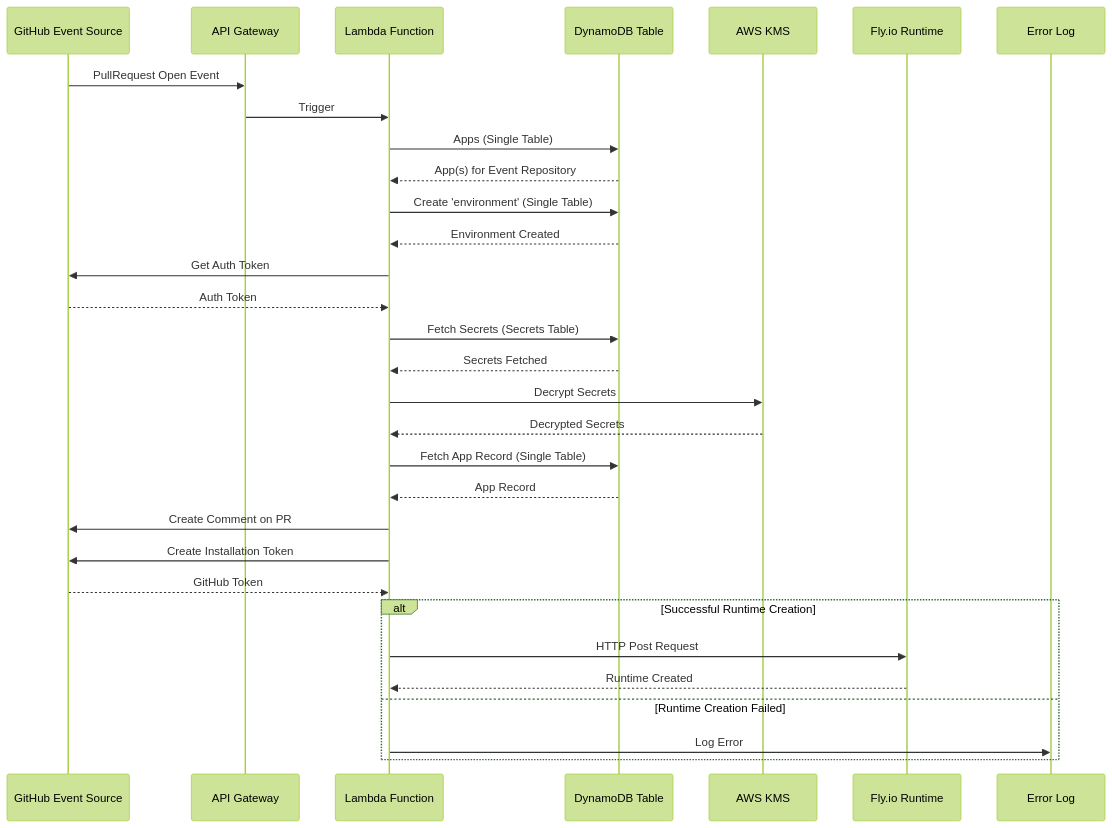
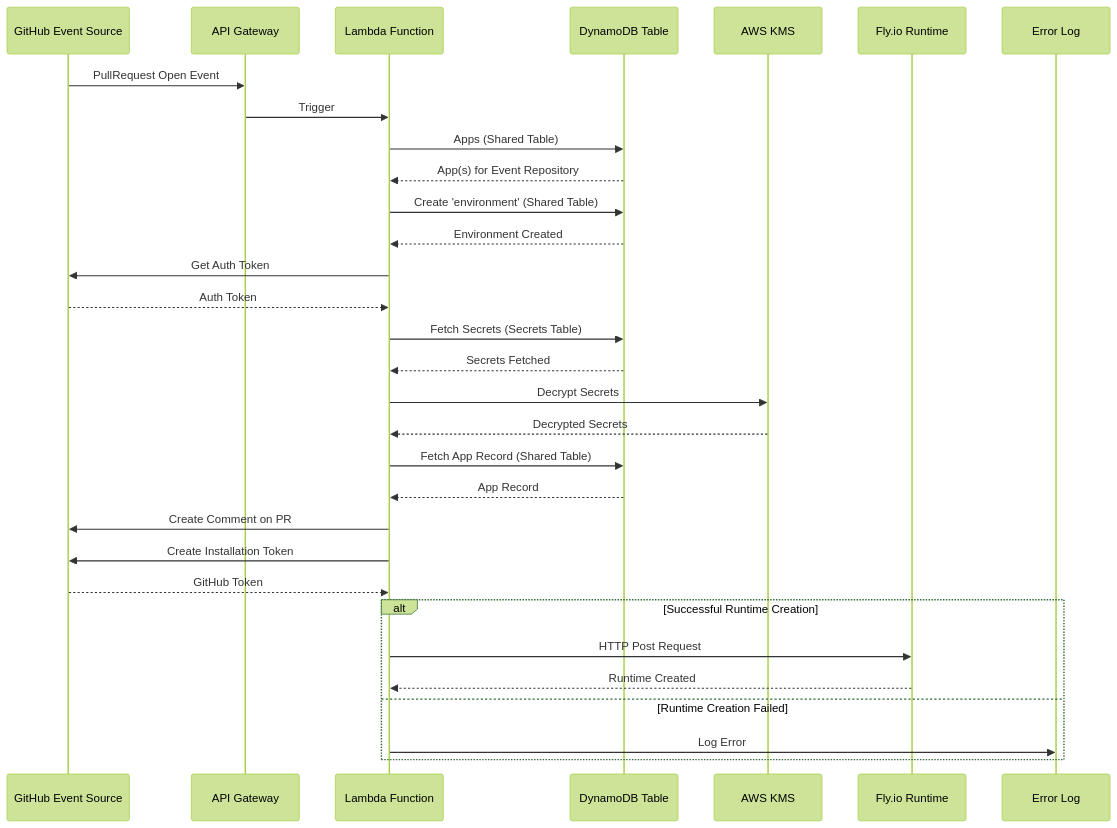
One commit to winglang/wing.cloud changed the diagram in docs/workflows/gitihub-pull-request-open.md. Above: the diagram before and after it, drawn with Mermaid (forest theme).

Commit message:
better wording

````diff
--- a/docs/workflows/gitihub-pull-request-open.md
+++ b/docs/workflows/gitihub-pull-request-open.md
@@ -45,34 +45,34 @@
 ```mermaid
 sequenceDiagram
     participant GitHub as GitHub Event Source
     participant API_Gateway as API Gateway
     participant Lambda as Lambda Function
     participant DynamoDB as DynamoDB Table
     participant KMS as AWS KMS
     participant Fly_io as Fly.io Runtime
     participant ErrorLog as Error Log
 
     GitHub->>API_Gateway: PullRequest Open Event
     API_Gateway->>Lambda: Trigger
-    Lambda->>DynamoDB: Apps (Single Table)
+    Lambda->>DynamoDB: Apps (Shared Table)
     DynamoDB-->>Lambda: App(s) for Event Repository
-    Lambda->>DynamoDB: Create 'environment' (Single Table)
+    Lambda->>DynamoDB: Create 'environment' (Shared Table)
     DynamoDB-->>Lambda: Environment Created
     Lambda->>GitHub: Get Auth Token
     GitHub-->>Lambda: Auth Token
     Lambda->>DynamoDB: Fetch Secrets (Secrets Table)
     DynamoDB-->>Lambda: Secrets Fetched
     Lambda->>KMS: Decrypt Secrets
     KMS-->>Lambda: Decrypted Secrets
-    Lambda->>DynamoDB: Fetch App Record (Single Table)
+    Lambda->>DynamoDB: Fetch App Record (Shared Table)
     DynamoDB-->>Lambda: App Record
     Lambda->>GitHub: Create Comment on PR
     Lambda->>GitHub: Create Installation Token
     GitHub-->>Lambda: GitHub Token
     alt Successful Runtime Creation
         Lambda->>Fly_io: HTTP Post Request
         Fly_io-->>Lambda: Runtime Created
     else Runtime Creation Failed
         Lambda->>ErrorLog: Log Error
     end
 ```
````
